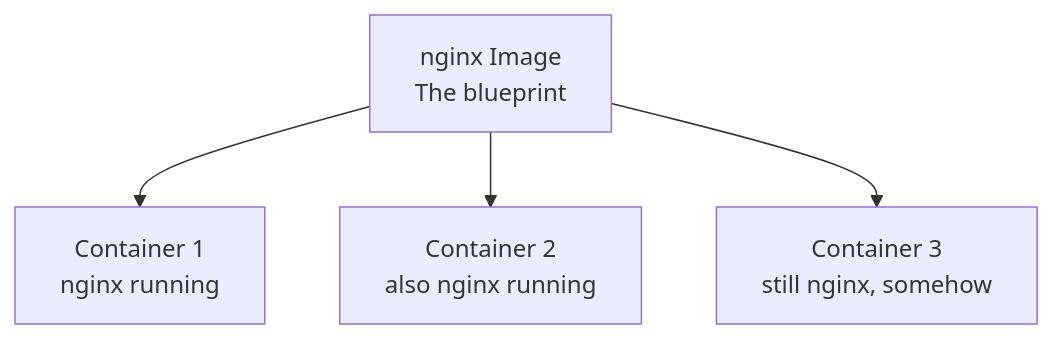
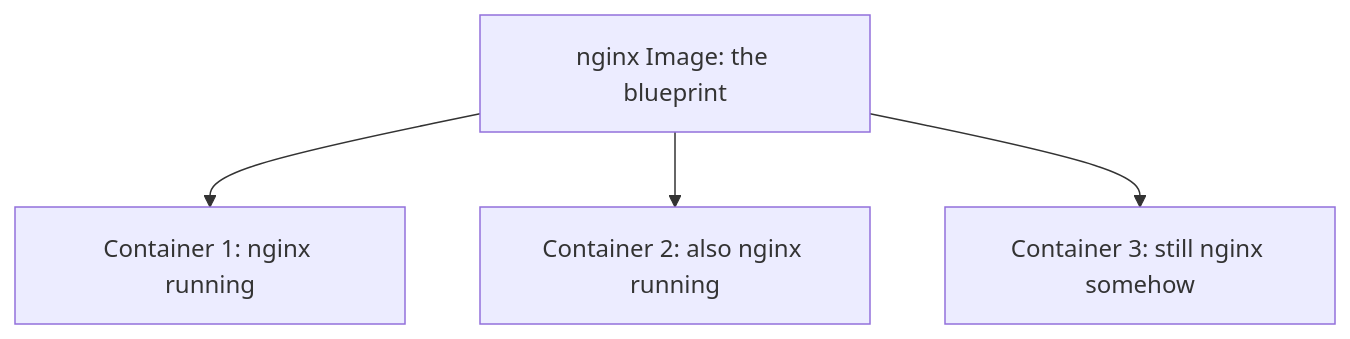
Before and after one commit to amit4996/learn-k8s-az: the fifth of 7 diagrams in Ch1.Docker/readme.md, drawn with Mermaid. The commit also changed other lines of this file, not shown here.

````diff
--- a/Ch1.Docker/readme.md
+++ b/Ch1.Docker/readme.md
@@ -196,6 +198,6 @@
 ```mermaid
 flowchart TD
-    Image["nginx Image<br/>The blueprint"] --> C1["Container 1<br/>nginx running"]
-    Image --> C2["Container 2<br/>also nginx running"]
-    Image --> C3["Container 3<br/>still nginx, somehow"]
+    Image[nginx Image: the blueprint] --> C1[Container 1: nginx running]
+    Image --> C2[Container 2: also nginx running]
+    Image --> C3[Container 3: still nginx somehow]
 ```
````
